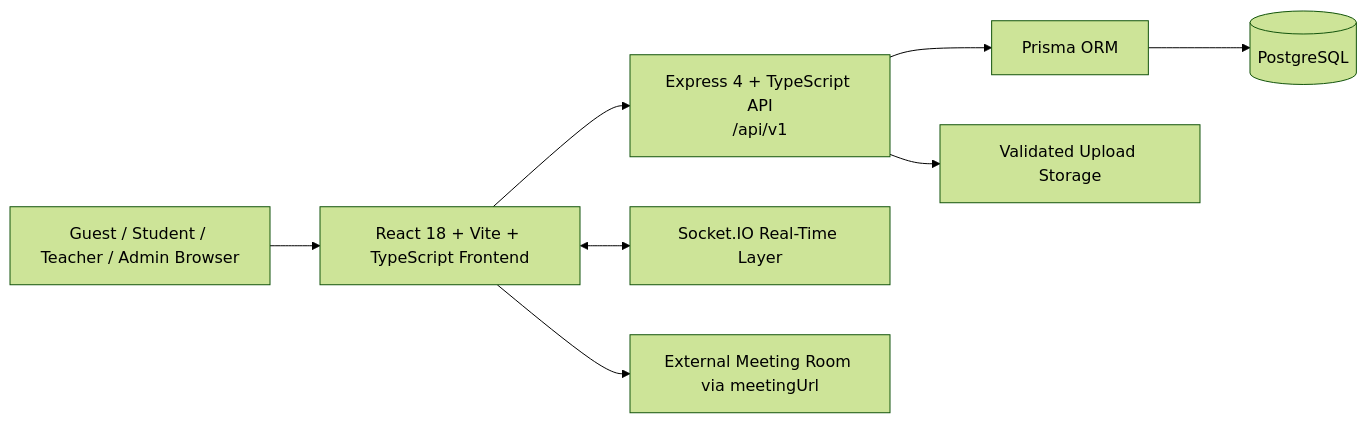
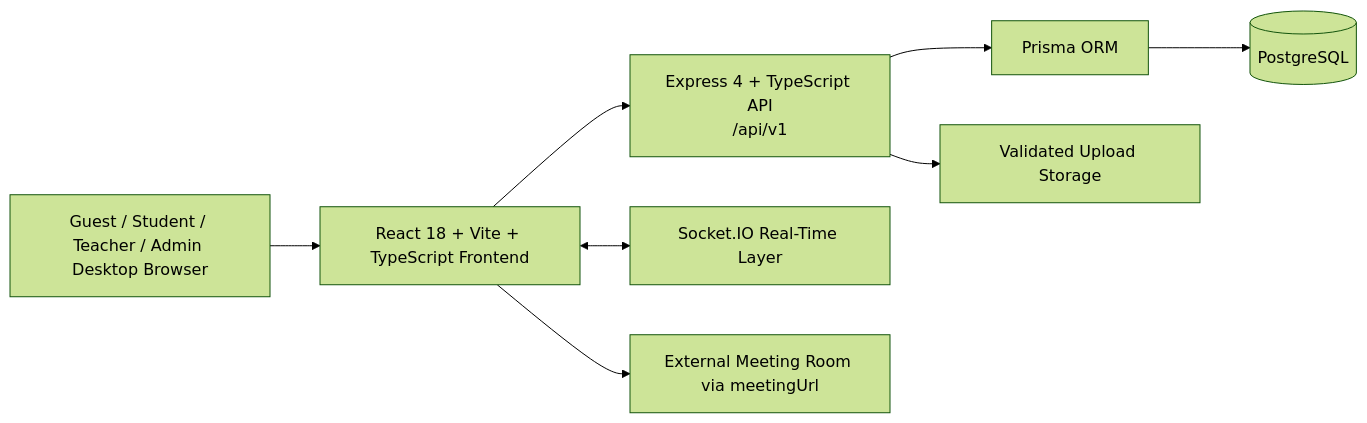
One commit to 218451LIJIAQI/edutech-platform changed the diagram in README.md. Above: the diagram before and after it, drawn with Mermaid (forest theme). The commit also changed other lines of this file and 101 other files, not shown here.

````diff
--- a/README.md
+++ b/README.md
@@ -140,10 +133,10 @@
 ```mermaid
 flowchart LR
-    A["Guest / Student / Teacher / Admin Browser"] --> B["React 18 + Vite + TypeScript Frontend"]
+    A["Guest / Student / Teacher / Admin Desktop Browser"] --> B["React 18 + Vite + TypeScript Frontend"]
     B --> C["Express 4 + TypeScript API<br/>/api/v1"]
     B <--> D["Socket.IO Real-Time Layer"]
     C --> E["Prisma ORM"]
     E --> F[("PostgreSQL")]
     C --> G["Validated Upload Storage"]
     B --> H["External Meeting Room via meetingUrl"]
 ```
````
